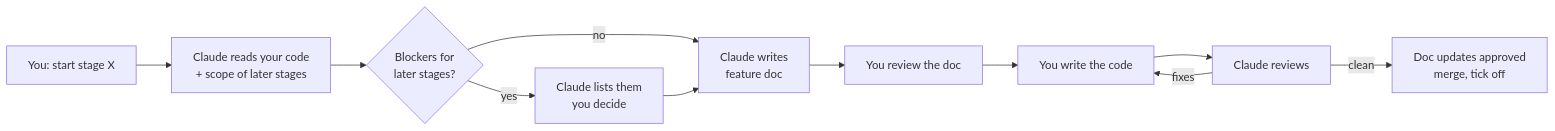
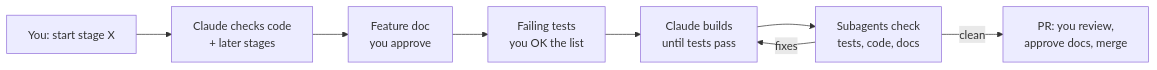
One commit to rachelwong/preppers changed the diagram in docs/plan/01-how-we-work.md. Above: the diagram before and after it, drawn with Mermaid. The commit also changed other lines of this file and 10 other files, not shown here.

````diff
--- a/docs/plan/01-how-we-work.md
+++ b/docs/plan/01-how-we-work.md
@@ -20,13 +21,10 @@
 ```mermaid
 flowchart LR
-  A[You: start stage X] --> B[Claude reads your code<br/>+ scope of later stages]
-  B --> C{Blockers for<br/>later stages?}
-  C -->|yes| D[Claude lists them<br/>you decide]
-  C -->|no| E[Claude writes<br/>feature doc]
-  D --> E
-  E --> F[You review the doc]
-  F --> G[You write the code]
-  G --> H[Claude reviews]
-  H -->|fixes| G
-  H -->|clean| I[Doc updates approved<br/>merge, tick off]
+  A[You: start stage X] --> B[Claude checks code<br/>+ later stages]
+  B --> C[Feature doc<br/>you approve]
+  C --> D[Failing tests<br/>you OK the list]
+  D --> E[Claude builds<br/>until tests pass]
+  E --> F[Subagents check<br/>tests, code, docs]
+  F -->|fixes| E
+  F -->|clean| G[PR: you review,<br/>approve docs, merge]
 ```
````
